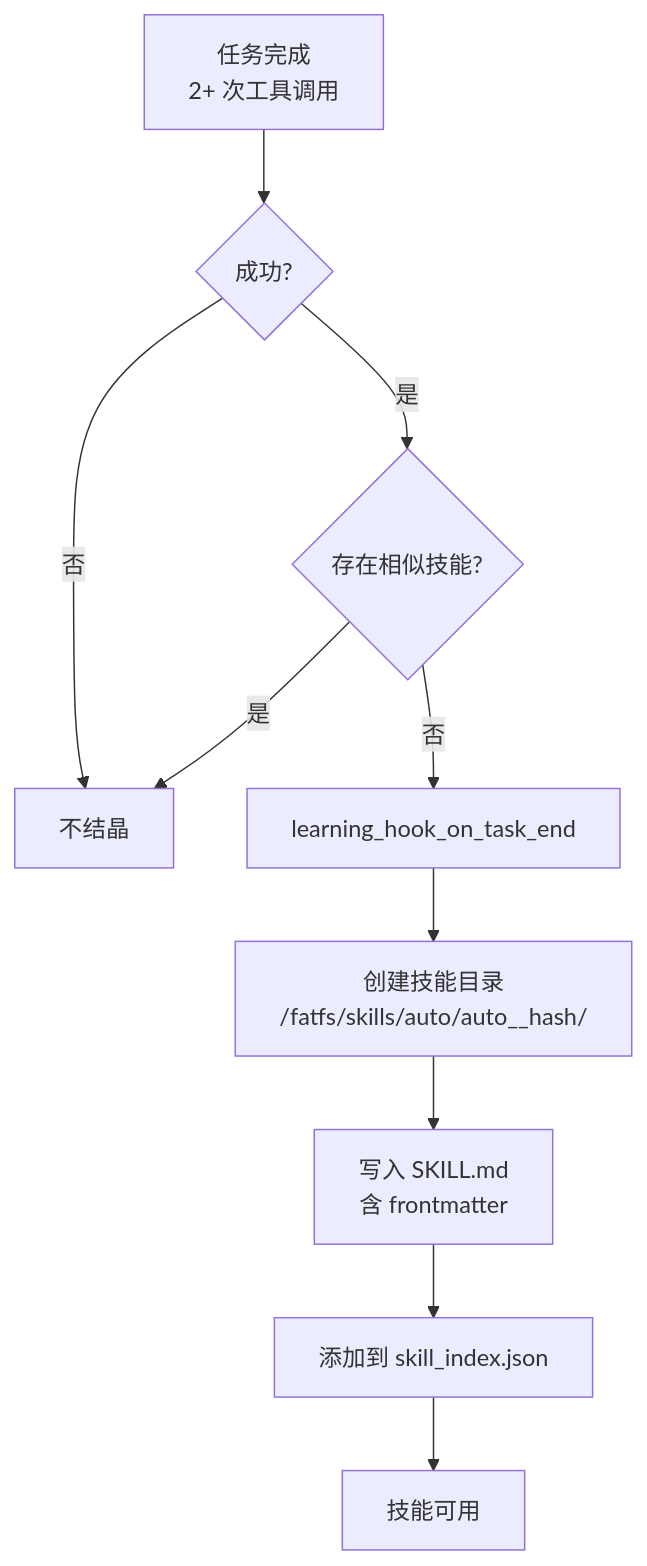
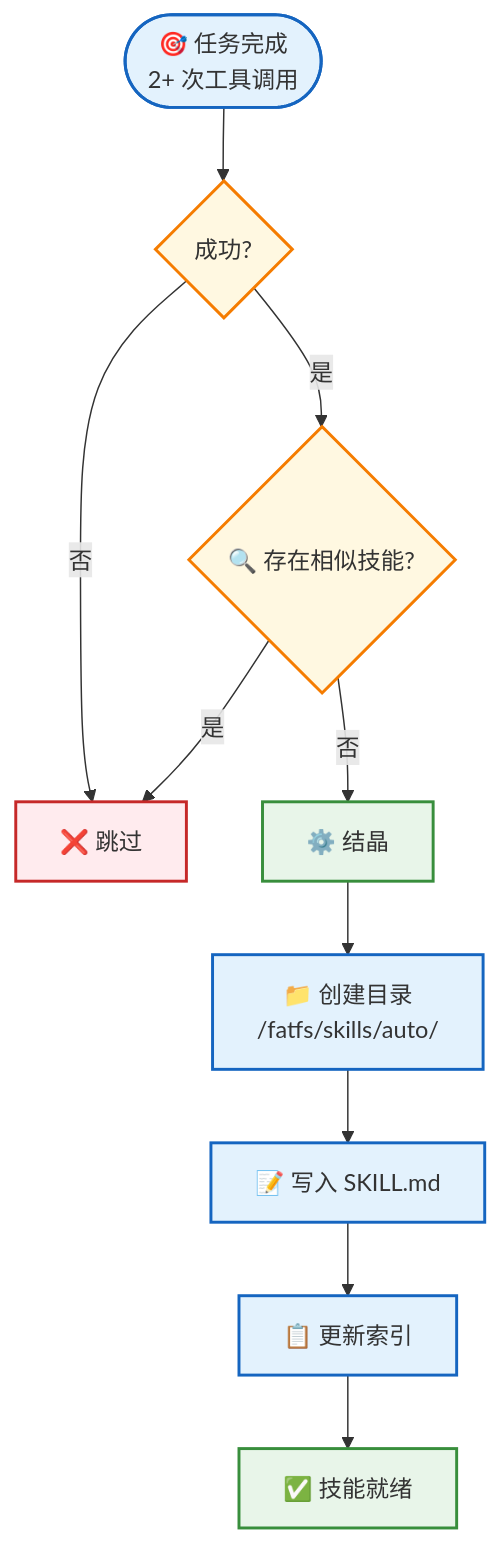
One commit to beancookie/xiaoclaw changed the third of 4 diagrams in README_zh.md. Above: the diagram before and after it, drawn with Mermaid. The commit also changed other lines of this file and 23 other files, not shown here.

````diff
--- a/README_zh.md
+++ b/README_zh.md
@@ -467,12 +467,22 @@
 ```mermaid
 flowchart TD
-    A[任务完成<br/>2+ 次工具调用] --> B{成功?}
-    B -->|否| C[不结晶]
-    B -->|是| D{存在相似技能?}
+    A(["🎯 任务完成<br/>2+ 次工具调用"]) --> B{成功?}
+    B -->|否| C["❌ 跳过"]
+    B -->|是| D{"🔍 存在相似技能?"}
     D -->|是| C
-    D -->|否| E[learning_hook_on_task_end]
-    E --> F[创建技能目录<br/>/fatfs/skills/auto/auto__hash/]
-    F --> G[写入 SKILL.md<br/>含 frontmatter]
-    G --> H[添加到 skill_index.json]
-    H --> I[技能可用]
+    D -->|否| E["⚙️ 结晶"]
+    E --> F["📁 创建目录<br/>/fatfs/skills/auto/"]
+    F --> G["📝 写入 SKILL.md"]
+    G --> H["📋 更新索引"]
+    H --> I["✅ 技能就绪"]
+
+    style A fill:#e3f2fd,stroke:#1565c0,stroke-width:2px
+    style B fill:#fff8e1,stroke:#f57c00,stroke-width:2px
+    style C fill:#ffebee,stroke:#c62828,stroke-width:2px
+    style D fill:#fff8e1,stroke:#f57c00,stroke-width:2px
+    style E fill:#e8f5e9,stroke:#388e3c,stroke-width:2px
+    style F fill:#e3f2fd,stroke:#1565c0,stroke-width:2px
+    style G fill:#e3f2fd,stroke:#1565c0,stroke-width:2px
+    style H fill:#e3f2fd,stroke:#1565c0,stroke-width:2px
+    style I fill:#e8f5e9,stroke:#388e3c,stroke-width:2px
 ```
````
